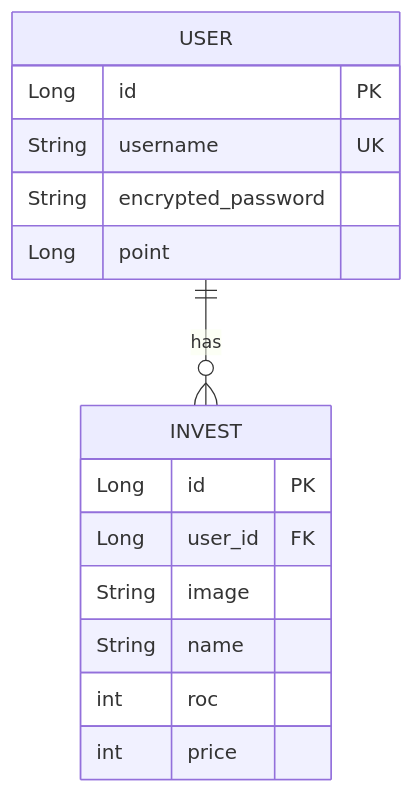
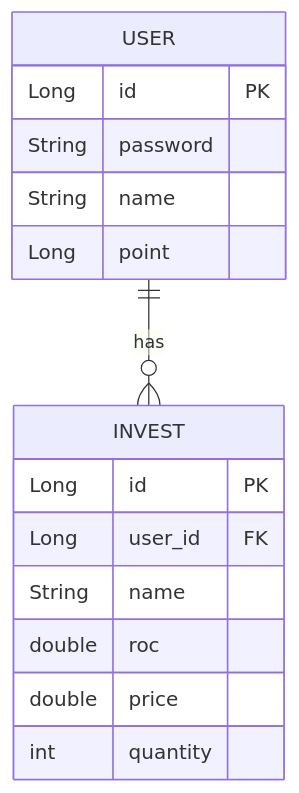
One commit to Dsm-Hackathon-2024/backend changed the diagram in README.md. Above: the diagram before and after it, drawn with Mermaid.

Commit message:
erd 수정

````diff
--- a/README.md
+++ b/README.md
@@ -3,20 +3,20 @@
 ```mermaid
     erDiagram
         USER {
             Long id PK
-            String username UK
-            String encrypted_password
+            String password
+            String name
             Long point
         }
     
         INVEST {
             Long id PK
             Long user_id FK
-            String image
             String name
-            int roc
-            int price
+            double roc
+            double price
+            int quantity
         }
     
-    USER ||--o{ INVEST: "has"
+        USER ||--o{ INVEST: "has"
 ``` 
````
